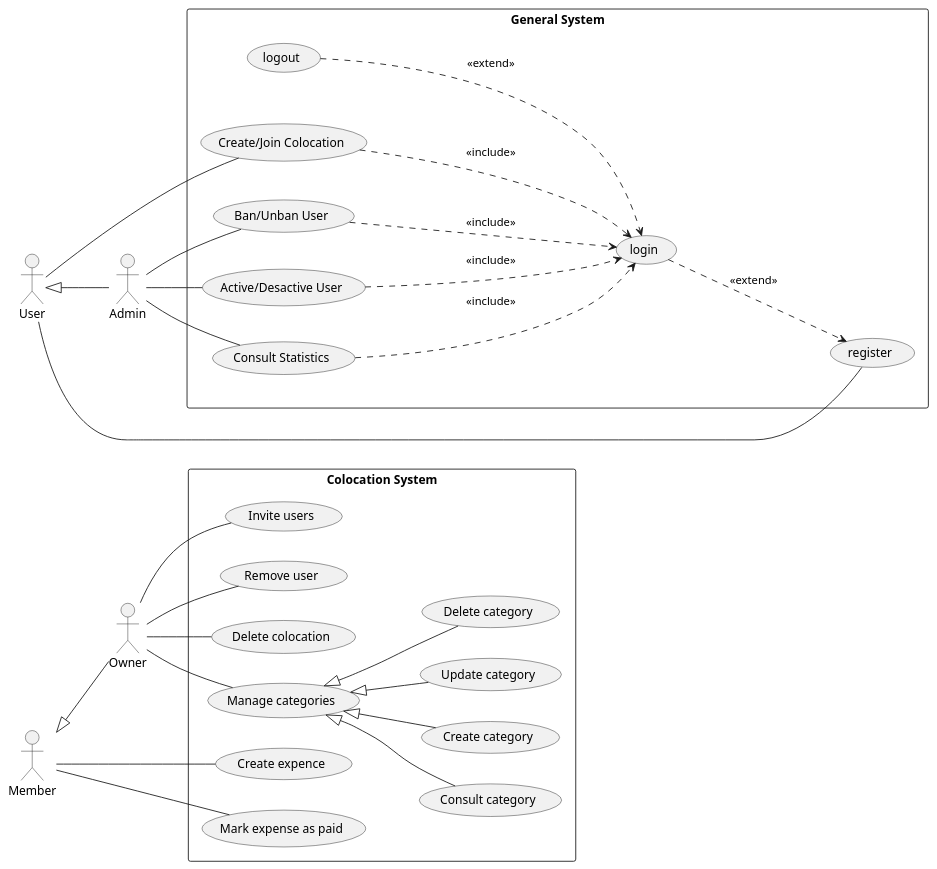
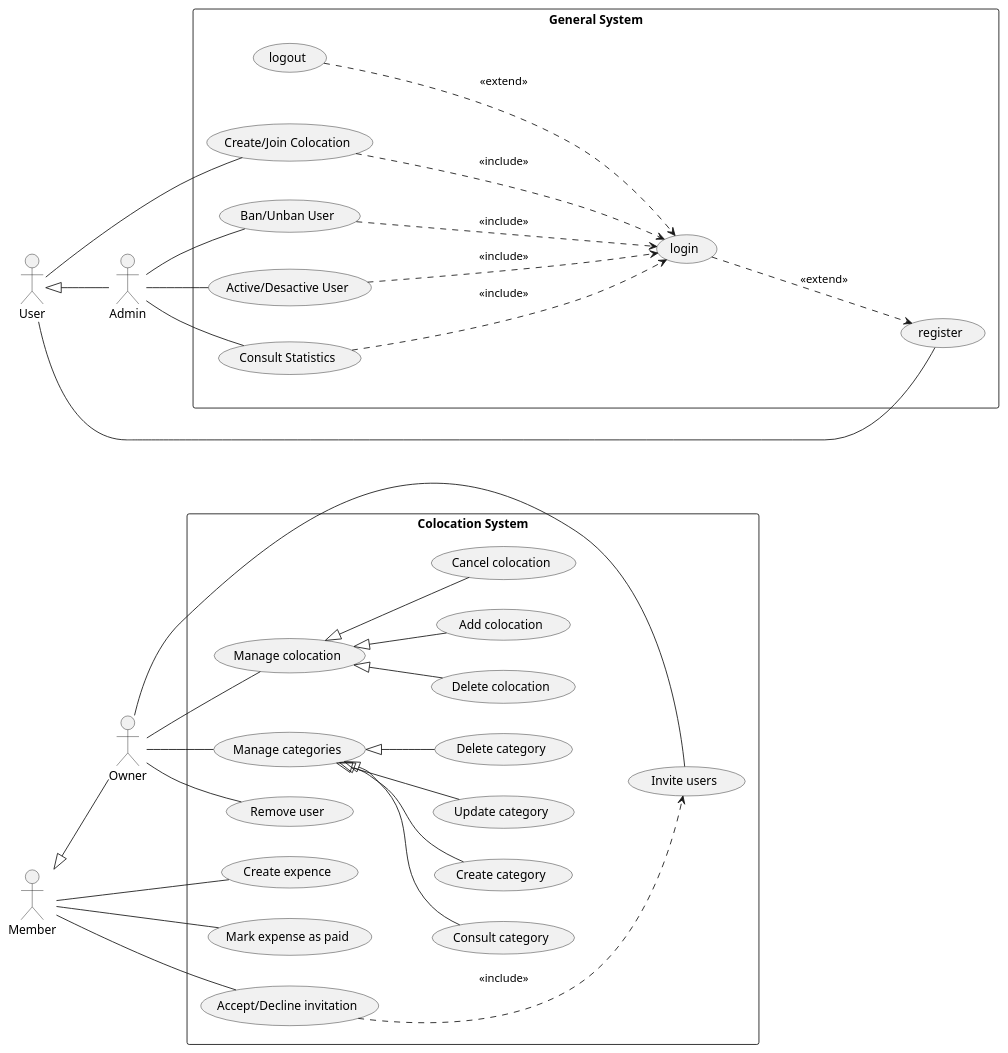
The diagram in uml/UseCase.puml (Badr-Eddine-Slaoui/EasyColoc), drawn with PlantUML before and after one commit. The commit also changed 3 other files, not shown here.

Commit message:
Update Diagrams

```diff
--- a/uml/UseCase.puml
+++ b/uml/UseCase.puml
@@ -1,73 +1,85 @@
 @startuml
 
     left to right direction
     
 
     actor Owner
     actor Member
 
     rectangle "Colocation System"{
         usecase "Create expence" as UC8
         usecase "Mark expense as paid" as UC9
 
         usecase "Invite users" as UC10
         usecase "Remove user" as UC11
-        usecase "Delete colocation" as UC12
+        usecase "Manage colocation" as UC12
+        usecase "Add colocation" as UC13
+        usecase "Cancel colocation" as UC14
+        usecase "Delete colocation" as UC15
 
-        usecase "Manage categories" as UC13
-        usecase "Consult category" as UC14
-        usecase "Create category" as UC15
-        usecase "Update category" as UC16
-        usecase "Delete category" as UC17
+        usecase "Manage categories" as UC16
+        usecase "Consult category" as UC17
+        usecase "Create category" as UC18
+        usecase "Update category" as UC19
+        usecase "Delete category" as UC20
+
+        usecase "Accept/Decline invitation" as UC21
 
         Member -- UC8
         Member -- UC9
 
         Member <|-- Owner
 
         Owner -- UC10
         Owner -- UC11
+
+        UC12 <|-- UC13
+        UC12 <|-- UC14
+        UC12 <|-- UC15
+
+        UC16 <|-- UC17
+        UC16 <|-- UC18
+        UC16 <|-- UC19
+        UC16 <|-- UC20
+
         Owner -- UC12
+        Owner -- UC16
 
-        UC13 <|-- UC14
-        UC13 <|-- UC15
-        UC13 <|-- UC16
-        UC13 <|-- UC17
-
-        Owner -- UC13
+        UC21 ...> UC10 : <<include>>
+        Member -- UC21
     }
 
     actor User
 
     actor Admin
 
     rectangle "General System"{
         usecase register as UC1
         usecase login as UC2
         usecase logout as UC3
 
         usecase "Consult Statistics" as UC4
         usecase "Ban/Unban User" as UC5
         usecase "Active/Desactive User" as UC6
 
         usecase "Create/Join Colocation" as UC7
 
         User -- UC1
         User -- UC7
 
         User <|-- Admin
 
         Admin -- UC4
         Admin -- UC5
         Admin -- UC6
 
         UC2 ...> UC1: <<extend>>
         UC3 ...> UC2: <<extend>>
 
         UC4 ...> UC2 : <<include>>
         UC5 ...> UC2 : <<include>>
         UC6 ...> UC2 : <<include>>
         UC7 ...> UC2 : <<include>>
     }
 
 @enduml
```
